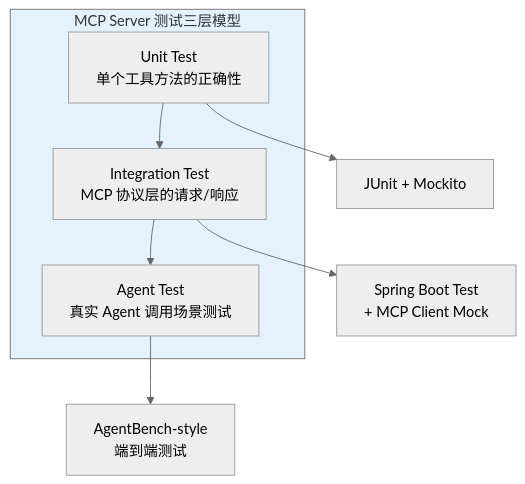
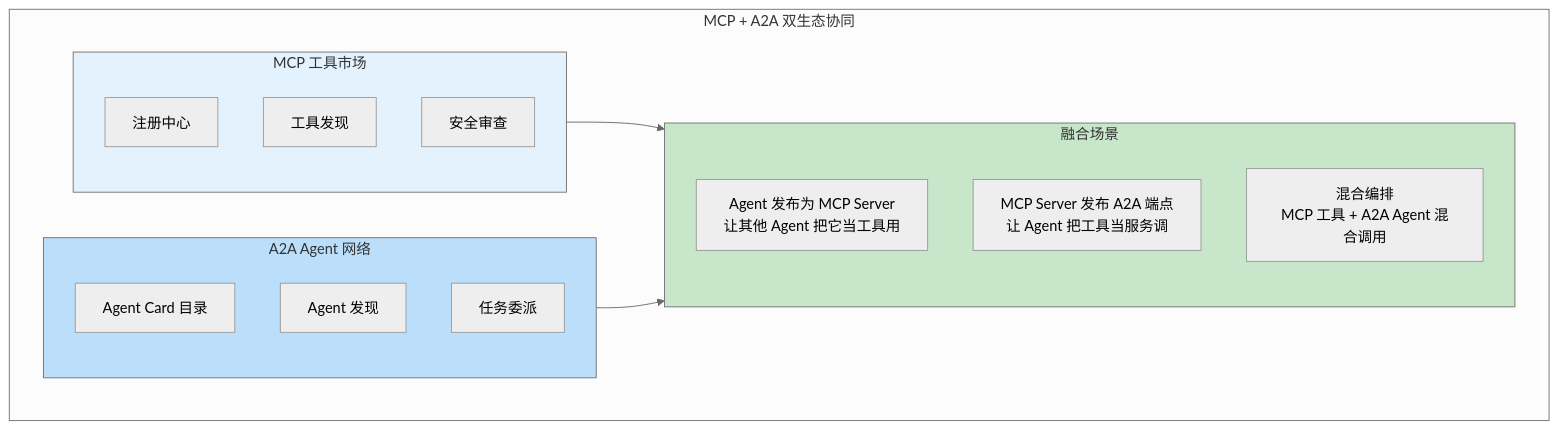
Before and after one commit to UranusGit/java-agent-learn: diagram 19 of 21 in docs/前沿/04-MCP生态全景.md, drawn with Mermaid (neutral theme). The commit also changed other lines of this file and 4 other files, not shown here.

````diff
--- a/docs/前沿/04-MCP生态全景.md
+++ b/docs/前沿/04-MCP生态全景.md
@@ -459,16 +749,29 @@
 ```mermaid
 graph TB
-    subgraph 测试层次["MCP Server 测试三层模型"]
-        T1["Unit Test<br/>单个工具方法的正确性"]
-        T2["Integration Test<br/>MCP 协议层的请求/响应"]
-        T3["Agent Test<br/>真实 Agent 调用场景测试"]
+    subgraph 双生态["MCP + A2A 双生态协同"]
+        subgraph MCP层["MCP 工具市场"]
+            M1["注册中心"]
+            M2["工具发现"]
+            M3["安全审查"]
+        end
+
+        subgraph A2A层["A2A Agent 网络"]
+            A1["Agent Card 目录"]
+            A2["Agent 发现"]
+            A3["任务委派"]
+        end
+
+        subgraph 融合["融合场景"]
+            F1["Agent 发布为 MCP Server<br/>让其他 Agent 把它当工具用"]
+            F2["MCP Server 发布 A2A 端点<br/>让 Agent 把工具当服务调"]
+            F3["混合编排<br/>MCP 工具 + A2A Agent 混合调用"]
+        end
     end
 
-    T1 --> T2 --> T3
+    MCP层 --> 融合
+    A2A层 --> 融合
 
-    T1 --> FR1["JUnit + Mockito"]
-    T2 --> FR2["Spring Boot Test<br/>+ MCP Client Mock"]
-    T3 --> FR3["AgentBench-style<br/>端到端测试"]
-
-    style 测试层次 fill:#e3f2fd
+    style MCP层 fill:#e3f2fd
+    style A2A层 fill:#bbdefb
+    style 融合 fill:#c8e6c9
 ```
````
